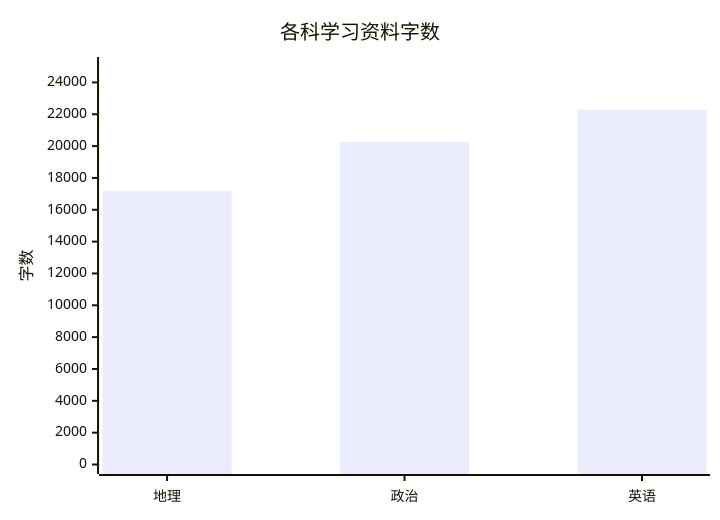
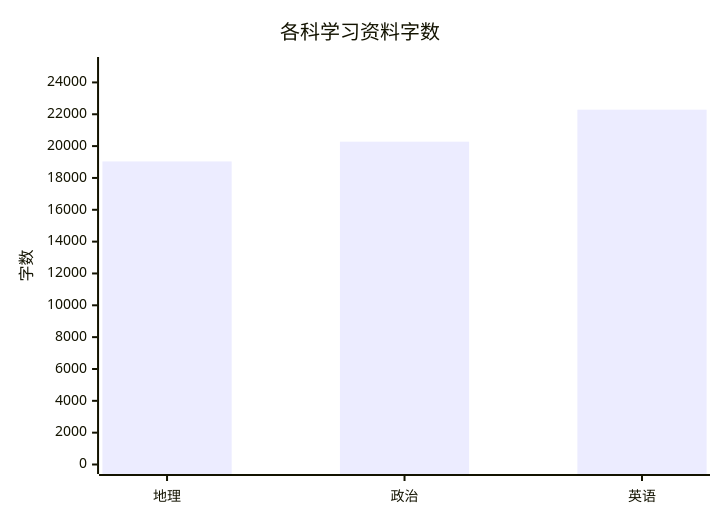
The first of 3 diagrams in README.md (zhuchenyu2008/Learning-Library), drawn with Mermaid before and after one commit. The commit also changed other lines of this file, not shown here.

````diff
--- a/README.md
+++ b/README.md
@@ -36,7 +36,7 @@
 ```mermaid
 xychart-beta
     title "各科学习资料字数"
     x-axis ["地理", "政治", "英语"]
     y-axis "字数" 0 --> 25000
-    bar [17205, 20279, 22288]
+    bar [19037, 20279, 22288]
 ```
````
